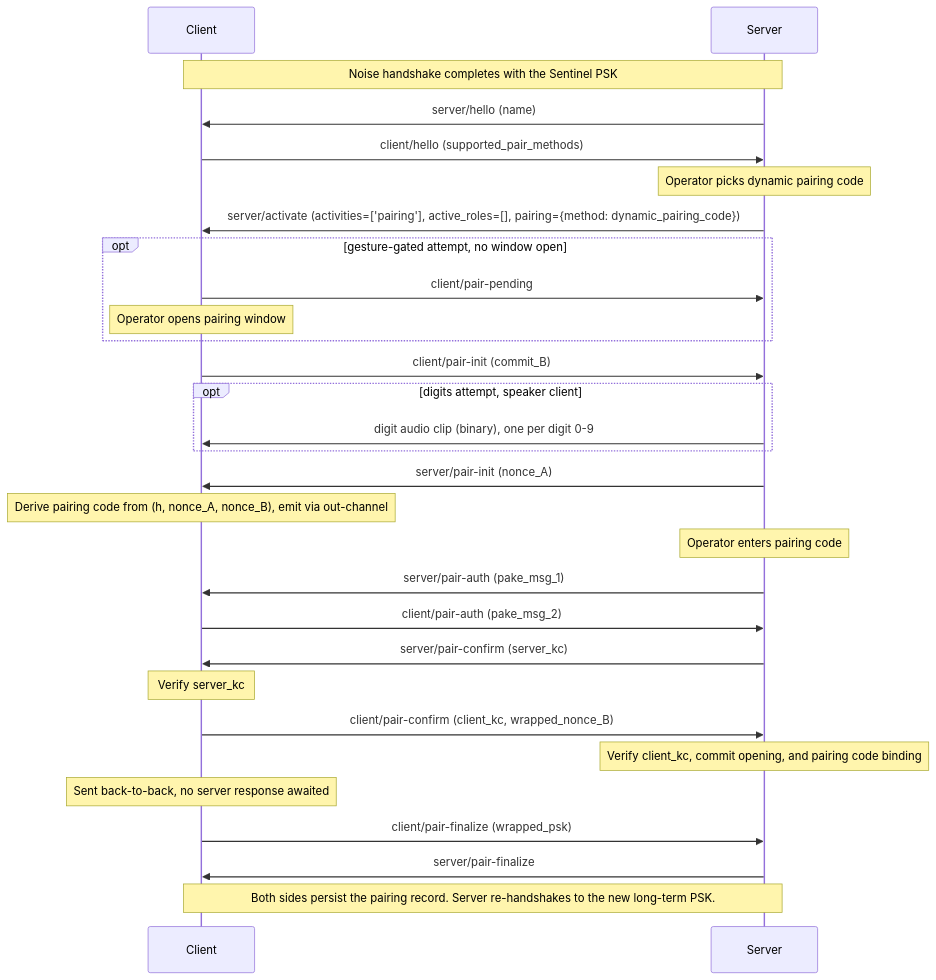
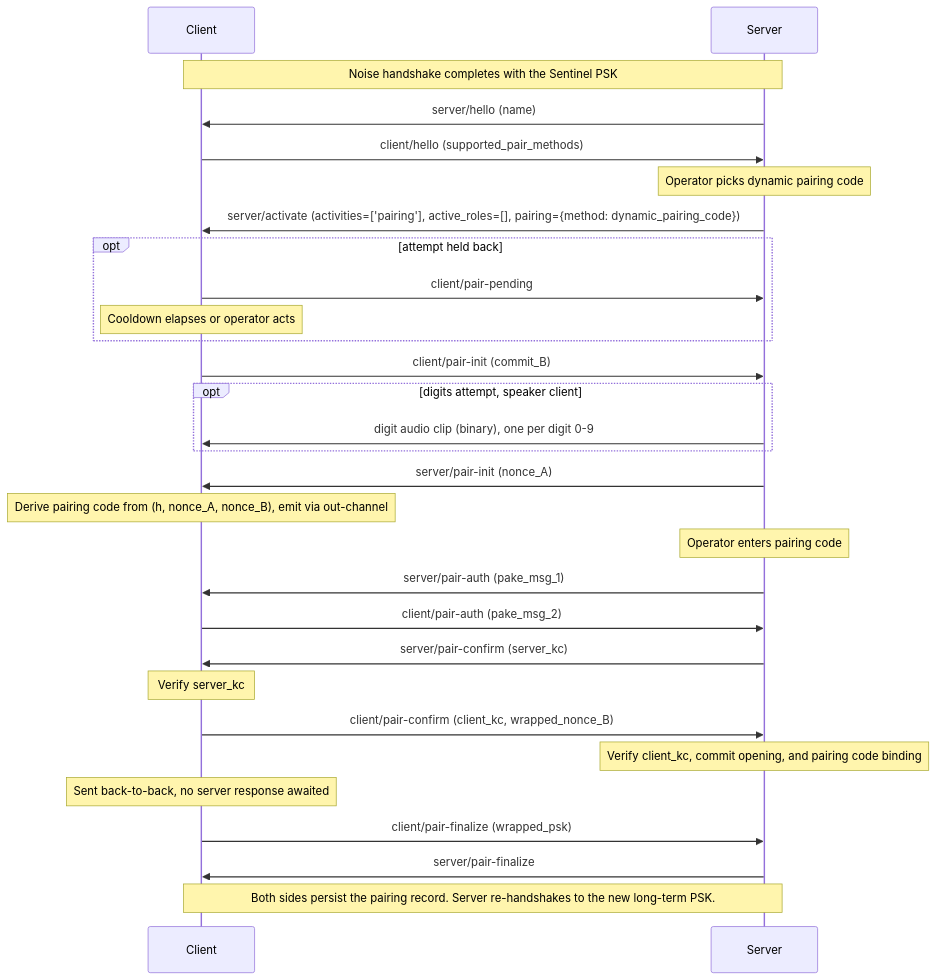
Before and after one commit to Resonate-Protocol/spec: the third of 4 diagrams in README.md, drawn with Mermaid. The commit also changed other lines of this file and 1 other file, not shown here.

First line of the commit message:
Rework pairing attempt gating (#194)

````diff
--- a/README.md
+++ b/README.md
@@ -809,33 +809,33 @@
 ```mermaid
 sequenceDiagram
     participant Client
     participant Server
 
     Note over Client,Server: Noise handshake completes with the Sentinel PSK
 
     Server->>Client: server/hello (name)
     Client->>Server: client/hello (supported_pair_methods)
     Note over Server: Operator picks dynamic pairing code
     Server->>Client: server/activate (activities=['pairing'], active_roles=[], pairing={method: dynamic_pairing_code})
-    opt gesture-gated attempt, no window open
+    opt attempt held back
         Client->>Server: client/pair-pending
-        Note over Client: Operator opens pairing window
+        Note over Client: Cooldown elapses or operator acts
     end
     Client->>Server: client/pair-init (commit_B)
     opt digits attempt, speaker client
         Server->>Client: digit audio clip (binary), one per digit 0-9
     end
     Server->>Client: server/pair-init (nonce_A)
     Note over Client: Derive pairing code from (h, nonce_A, nonce_B), emit via out-channel
     Note over Server: Operator enters pairing code
     Server->>Client: server/pair-auth (pake_msg_1)
     Client->>Server: client/pair-auth (pake_msg_2)
     Server->>Client: server/pair-confirm (server_kc)
     Note over Client: Verify server_kc
     Client->>Server: client/pair-confirm (client_kc, wrapped_nonce_B)
     Note over Server: Verify client_kc, commit opening, and pairing code binding
     Note over Client: Sent back-to-back, no server response awaited
     Client->>Server: client/pair-finalize (wrapped_psk)
     Server->>Client: server/pair-finalize
     Note over Client,Server: Both sides persist the pairing record. Server re-handshakes to the new long-term PSK.
 ```
````
